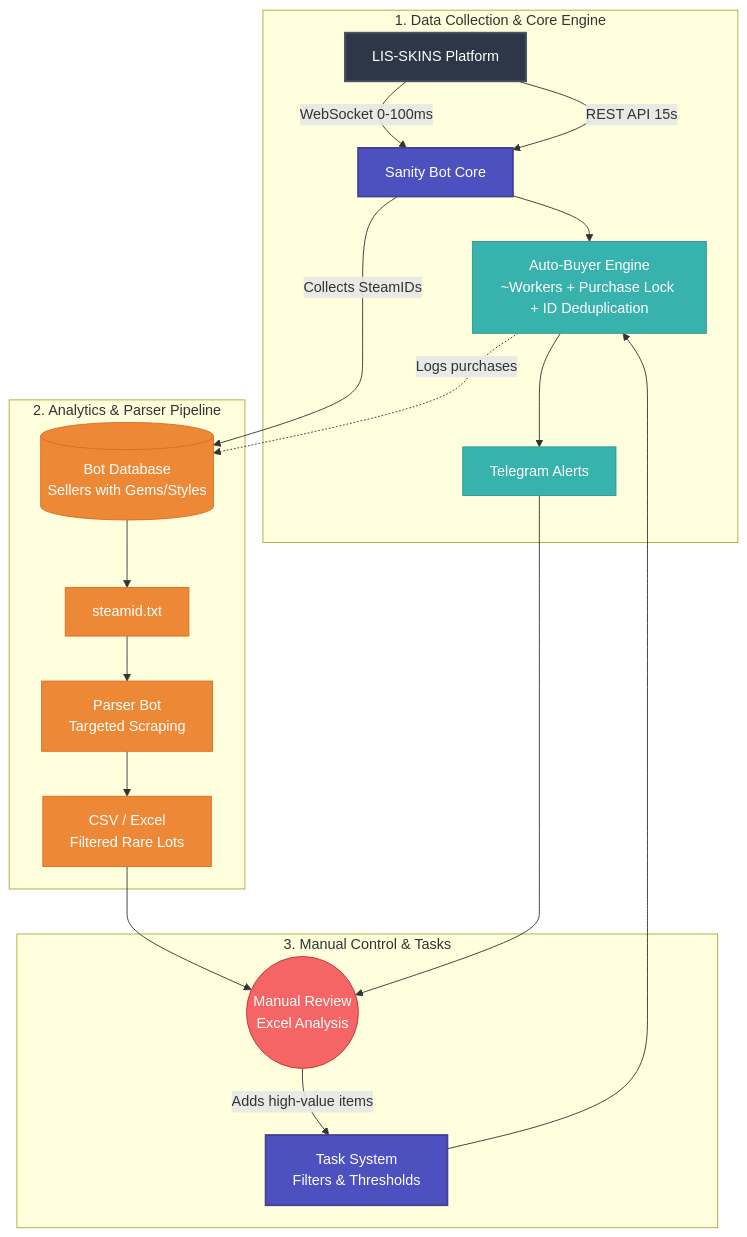
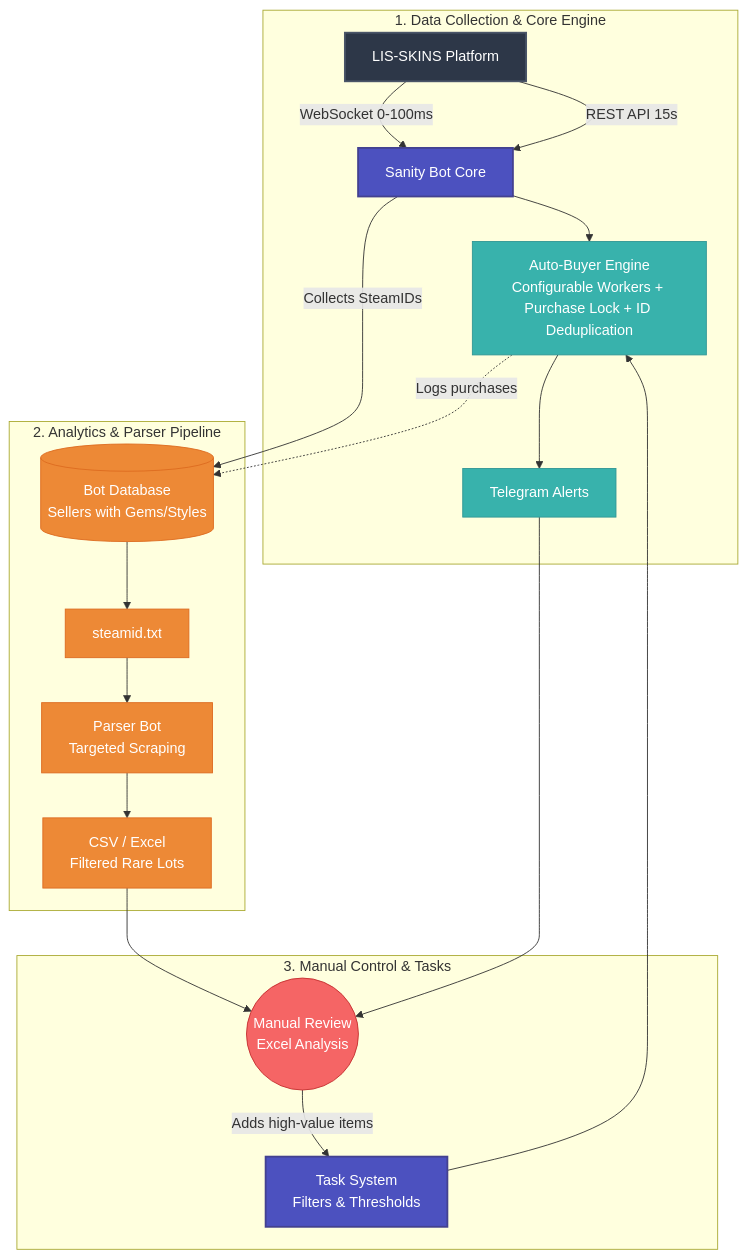
Before and after one commit to sleepti3ht/SanityBot: the diagram in README.md, drawn with Mermaid. The commit also changed other lines of this file, not shown here.

````diff
--- a/README.md
+++ b/README.md
@@ -51,36 +51,36 @@
 ```mermaid
 graph TD
 %% --- Styles ---
 classDef source fill:#2d3748,stroke:#4a5568,color:#fff,stroke-width:2px;
 classDef core fill:#4c51bf,stroke:#434190,color:#fff,stroke-width:2px;
 classDef auto fill:#38b2ac,stroke:#319795,color:#fff;
 classDef analytics fill:#ed8936,stroke:#dd6b20,color:#fff;
 classDef user fill:#f56565,stroke:#c53030,color:#fff;
 
 %% --- Block 1: Sources & Core Engine ---
 subgraph "1. Data Collection & Core Engine"
 A[LIS-SKINS Platform]:::source -->|WebSocket 0-100ms| B[Sanity Bot Core]:::core
 A -->|REST API 15s| B
-B --> C[Auto-Buyer Engine<br/>~Workers + Purchase Lock + ID Deduplication]:::auto
+B --> C[Auto-Buyer Engine<br/>Configurable Workers + Purchase Lock + ID Deduplication]:::auto
 C --> D[Telegram Alerts]:::auto
 end
 
 %% --- Block 2: Analytics Pipeline ---
 subgraph "2. Analytics & Parser Pipeline"
 B -->|Collects SteamIDs| E[(Bot Database<br/>Sellers with Gems/Styles)]:::analytics
 E --> F[steamid.txt]:::analytics
 F --> G[Parser Bot<br/>Targeted Scraping]:::analytics
 G --> H[CSV / Excel<br/>Filtered Rare Lots]:::analytics
 end
 
 %% --- Block 3: Manual Control & Feedback ---
 subgraph "3. Manual Control & Tasks"
 H --> I((Manual Review<br/>Excel Analysis)):::user
 I -->|Adds high-value items| J[Task System<br/>Filters & Thresholds]:::core
 J --> C
 D --> I
 end
 
 %% --- Connections ---
 C -.->|Logs purchases| E
 ```
````
